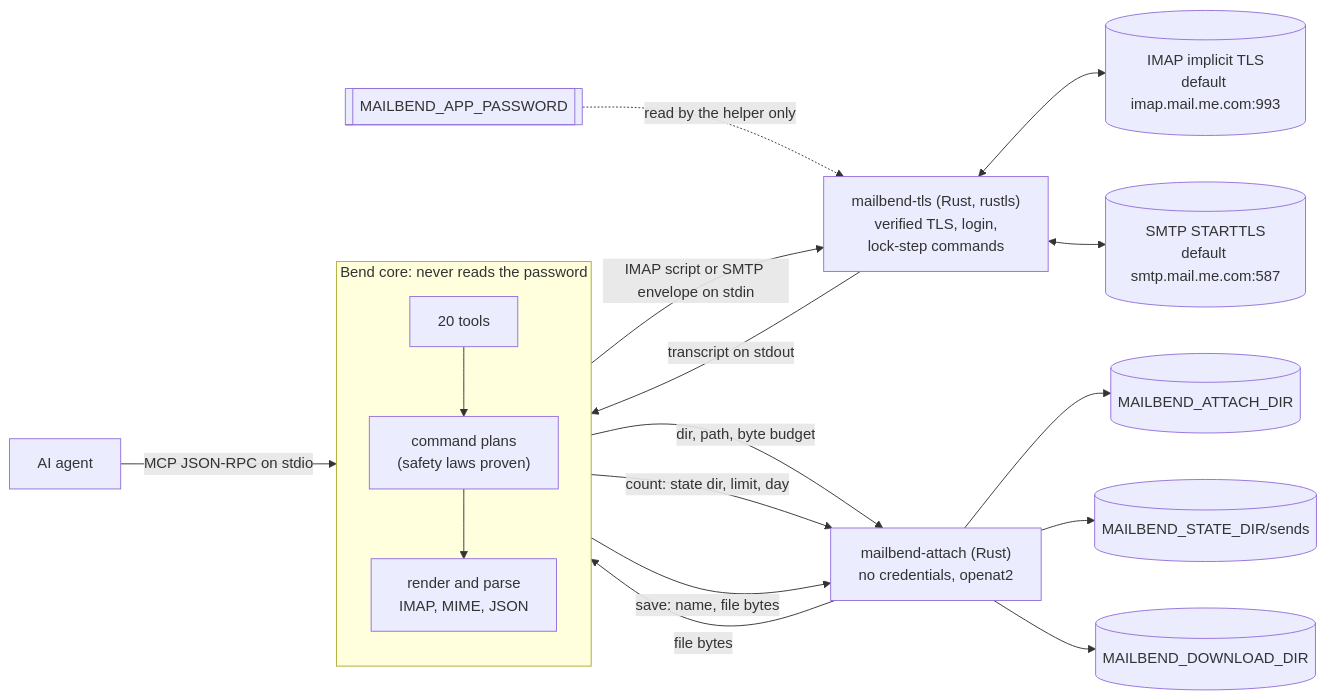
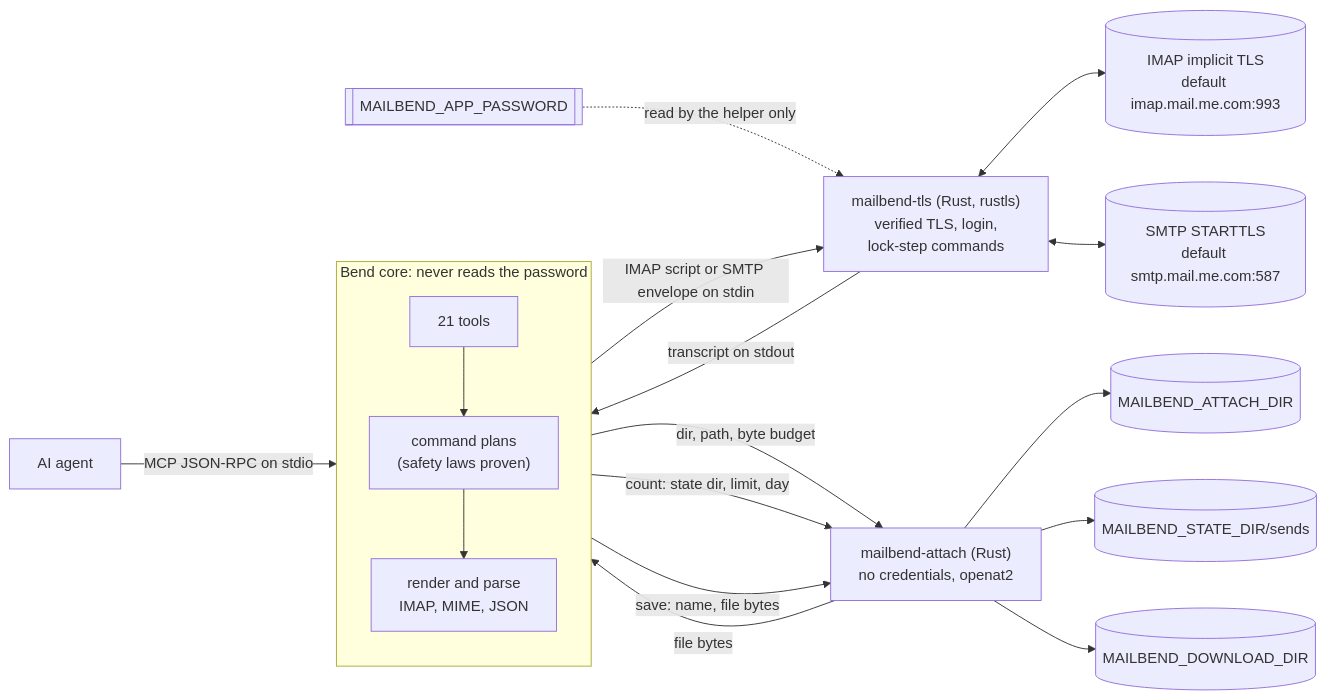
One commit to albertc71/MailBend changed the diagram in README.md. Above: the diagram before and after it, drawn with Mermaid. The commit also changed other lines of this file and 15 other files, not shown here.

````diff
--- a/README.md
+++ b/README.md
@@ -307,21 +308,21 @@
 ```mermaid
 flowchart LR
   agent["AI agent"] -- "MCP JSON-RPC on stdio" --> core
   subgraph core["Bend core: never reads the password"]
     direction TB
-    tools["20 tools"] --> plans["command plans<br/>(safety laws proven)"]
+    tools["21 tools"] --> plans["command plans<br/>(safety laws proven)"]
     plans --> parse["render and parse<br/>IMAP, MIME, JSON"]
   end
   core -- "IMAP script or SMTP envelope on stdin" --> helper["mailbend-tls (Rust, rustls)<br/>verified TLS, login,<br/>lock-step commands"]
   helper -- "transcript on stdout" --> core
   helper <--> imap[("IMAP implicit TLS<br/>default imap.mail.me.com:993")]
   helper <--> smtp[("SMTP STARTTLS<br/>default smtp.mail.me.com:587")]
   secrets[["MAILBEND_APP_PASSWORD"]] -. "read by the helper only" .-> helper
   core -- "dir, path, byte budget" --> reader["mailbend-attach (Rust)<br/>no credentials, openat2"]
   reader -- "file bytes" --> core
   reader --> files[("MAILBEND_ATTACH_DIR")]
   core -- "count: state dir, limit, day" --> reader
   reader --> sends[("MAILBEND_STATE_DIR/sends")]
   core -- "save: name, file bytes" --> reader
   reader --> downloads[("MAILBEND_DOWNLOAD_DIR")]
 ```
````
